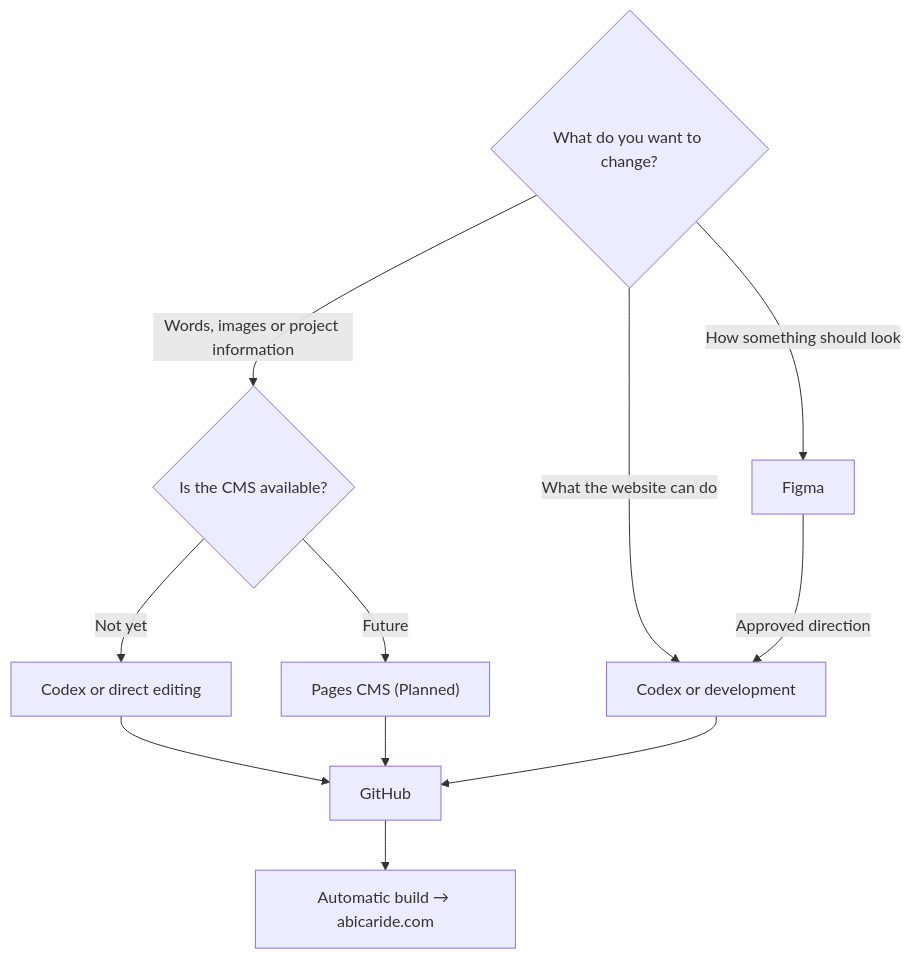
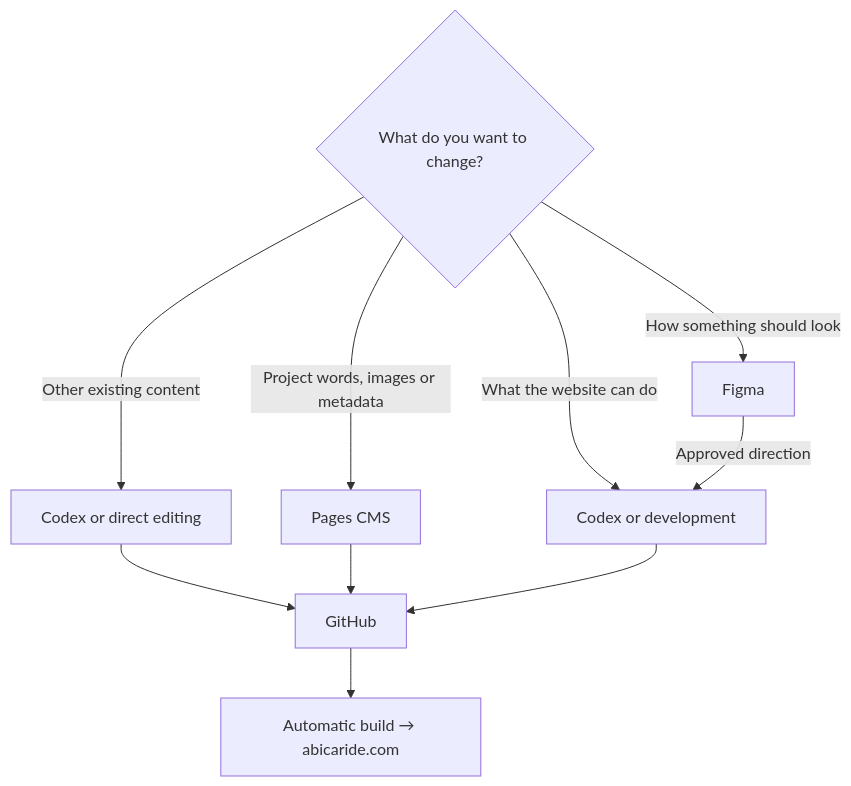
One commit to abicaride/abicaride.com changed the first of 6 diagrams in docs/WORKFLOW.md. Above: the diagram before and after it, drawn with Mermaid. The commit also changed other lines of this file and 5 other files, not shown here.

Commit message:
feat: adopt Pages CMS for projects

````diff
--- a/docs/WORKFLOW.md
+++ b/docs/WORKFLOW.md
@@ -38,14 +39,13 @@
 ```mermaid
 flowchart TD
     Q{"What do you want to change?"}
-    Q -->|"Words, images or project information"| CONTENT{"Is the CMS available?"}
-    CONTENT -->|"Not yet"| DIRECT["Codex or direct editing"]
-    CONTENT -->|"Future"| CMS["Pages CMS (Planned)"]
+    Q -->|"Project words, images or metadata"| CMS["Pages CMS"]
+    Q -->|"Other existing content"| DIRECT["Codex or direct editing"]
     Q -->|"How something should look"| FIGMA["Figma"]
     Q -->|"What the website can do"| DEV["Codex or development"]
     FIGMA -->|"Approved direction"| DEV
     DIRECT --> GIT["GitHub"]
     CMS --> GIT
     DEV --> GIT
     GIT --> SITE["Automatic build → abicaride.com"]
 ```
````
